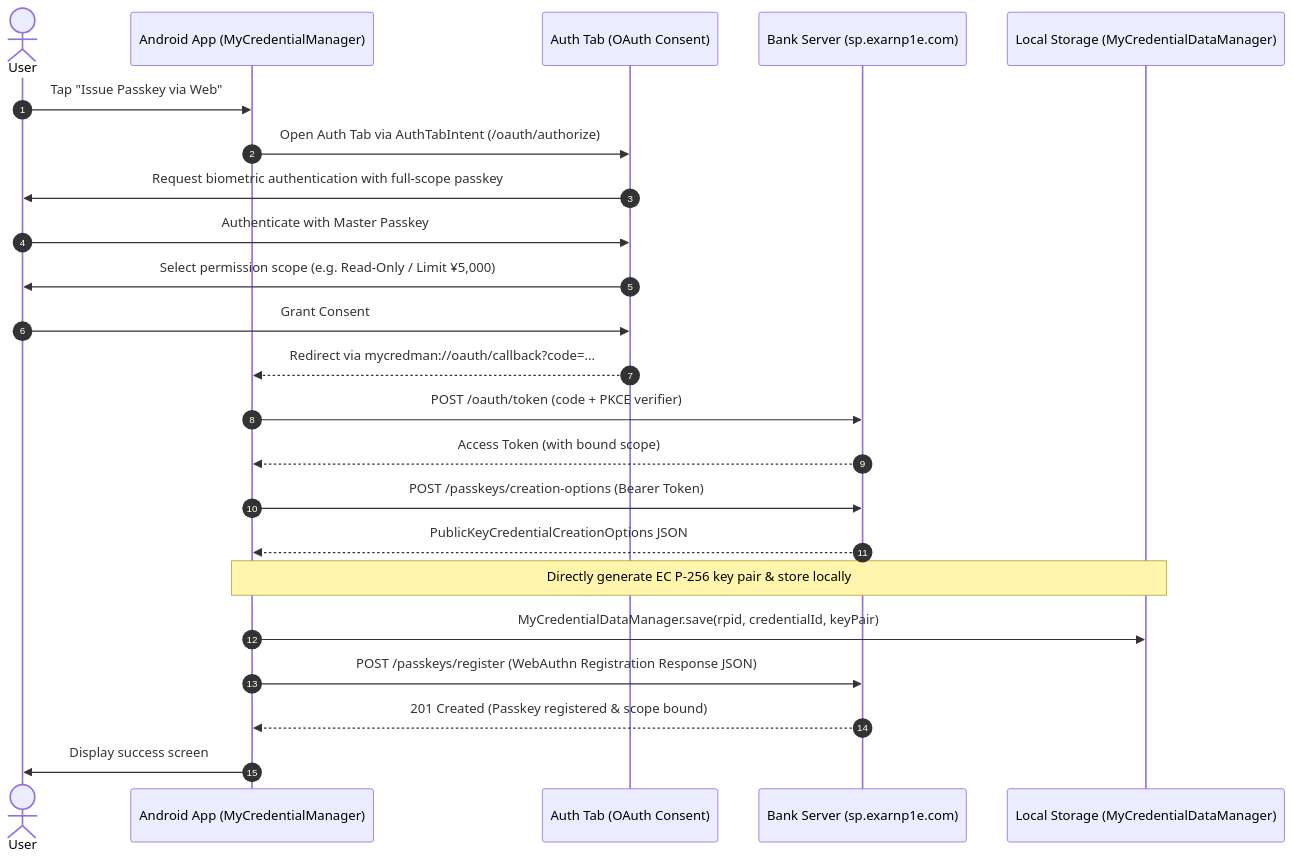
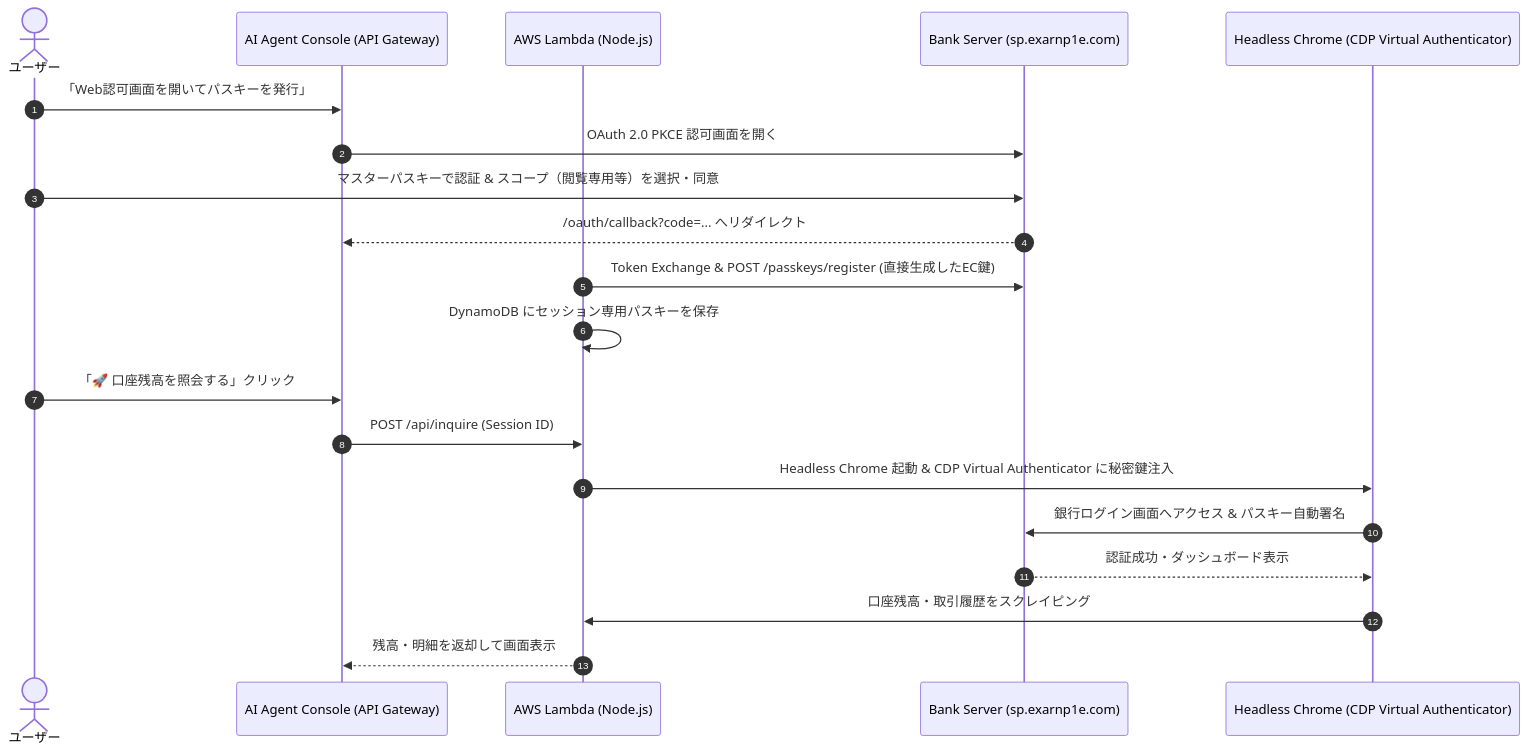
Before and after one commit to kkoiwai/scoped-passkey-demo-: the second of 2 diagrams in README.md, drawn with Mermaid. The commit also changed other lines of this file and 22 other files, not shown here.

Commit message:
feat: implement scoped passkeys, AWS AI agent headless automation, session isolation, and remove debug store viewer

````diff
--- a/README.md
+++ b/README.md
@@ -219,30 +100,24 @@
 ```mermaid
 sequenceDiagram
     autonumber
-    actor User as User
-    participant App as Android App (MyCredentialManager)
-    participant AuthTab as Auth Tab (OAuth Consent)
-    participant Server as Bank Server (sp.exarnp1e.com)
-    participant Store as Local Storage (MyCredentialDataManager)
+    actor User as ユーザー
+    participant Console as AI Agent Console (API Gateway)
+    participant Lambda as AWS Lambda (Node.js)
+    participant Bank as Bank Server (sp.exarnp1e.com)
+    participant Chrome as Headless Chrome (CDP Virtual Authenticator)
 
-    User->>App: Tap "Issue Passkey via Web"
-    App->>AuthTab: Open Auth Tab via AuthTabIntent (/oauth/authorize)
-    AuthTab->>User: Request biometric authentication with full-scope passkey
-    User->>AuthTab: Authenticate with Master Passkey
-    AuthTab->>User: Select permission scope (e.g. Read-Only / Limit ¥5,000)
-    User->>AuthTab: Grant Consent
-    AuthTab-->>App: Redirect via mycredman://oauth/callback?code=...
+    User->>Console: 「Web認可画面を開いてパスキーを発行」
+    Console->>Bank: OAuth 2.0 PKCE 認可画面を開く
+    User->>Bank: マスターパスキーで認証 & スコープ（閲覧専用等）を選択・同意
+    Bank-->>Console: /oauth/callback?code=... へリダイレクト
+    Lambda->>Bank: Token Exchange & POST /passkeys/register (直接生成したEC鍵)
+    Lambda->>Lambda: DynamoDB にセッション専用パスキーを保存
     
-    App->>Server: POST /oauth/token (code + PKCE verifier)
-    Server-->>App: Access Token (with bound scope)
-    
-    App->>Server: POST /passkeys/creation-options (Bearer Token)
-    Server-->>App: PublicKeyCredentialCreationOptions JSON
-    
-    Note over App,Store: Directly generate EC P-256 key pair & store locally
-    App->>Store: MyCredentialDataManager.save(rpid, credentialId, keyPair)
-    
-    App->>Server: POST /passkeys/register (WebAuthn Registration Response JSON)
-    Server-->>App: 201 Created (Passkey registered & scope bound)
-    App->>User: Display success screen
+    User->>Console: 「🚀 口座残高を照会する」クリック
+    Console->>Lambda: POST /api/inquire (Session ID)
+    Lambda->>Chrome: Headless Chrome 起動 & CDP Virtual Authenticator に秘密鍵注入
+    Chrome->>Bank: 銀行ログイン画面へアクセス & パスキー自動署名
+    Bank-->>Chrome: 認証成功・ダッシュボード表示
+    Chrome->>Lambda: 口座残高・取引履歴をスクレイピング
+    Lambda-->>Console: 残高・明細を返却して画面表示
 ```
````
